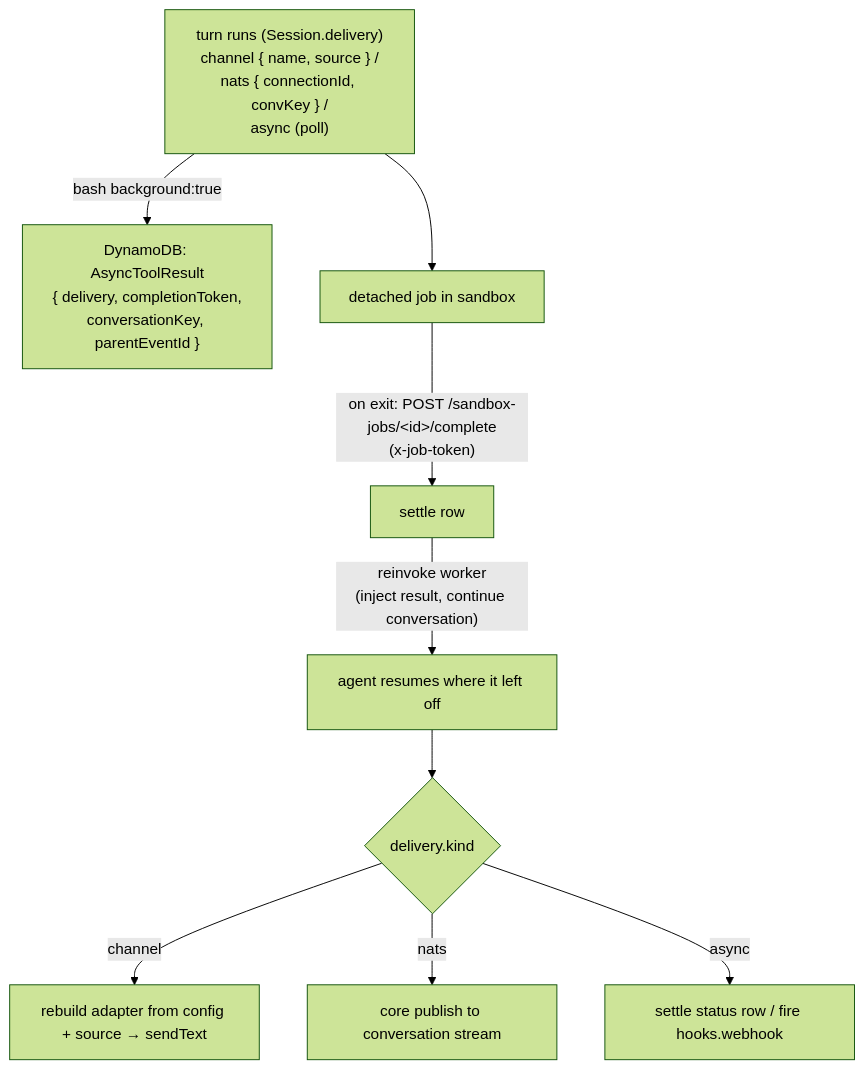
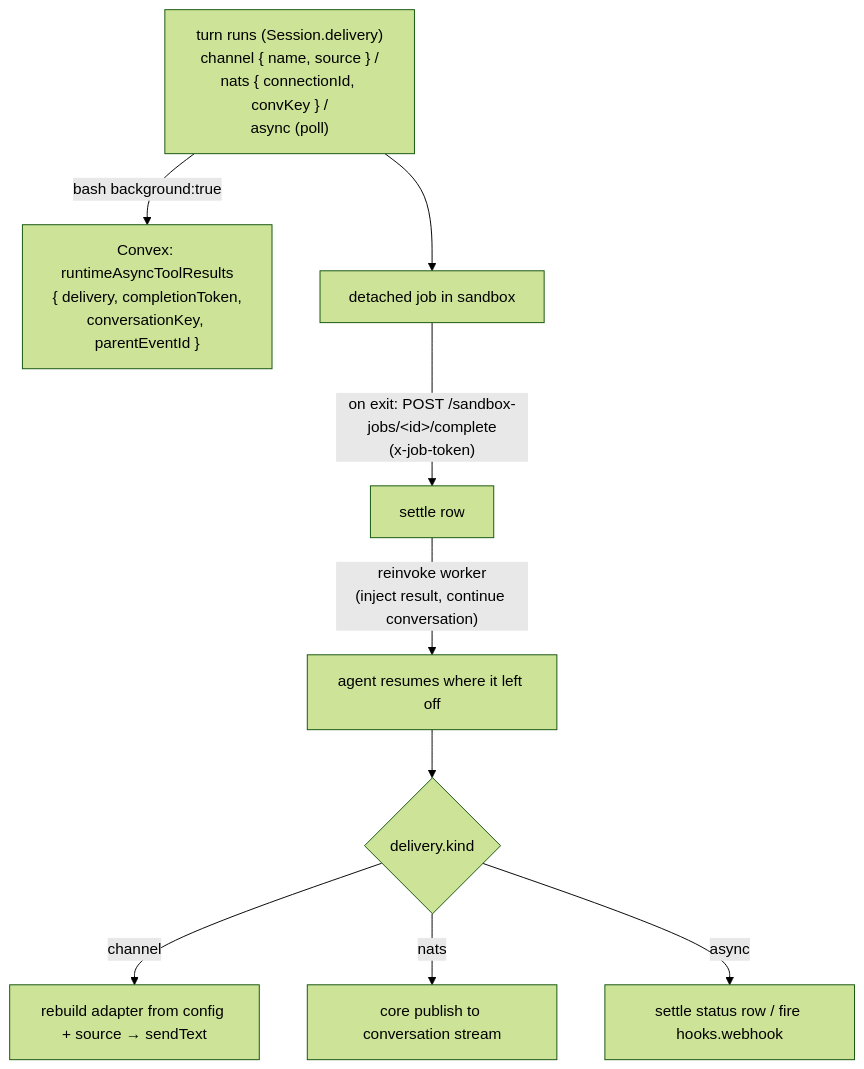
One commit to beeblastco/broods changed diagram 11 of 12 in apps/docs/docs/architecture.md. Above: the diagram before and after it, drawn with Mermaid (forest theme). The commit also changed other lines of this file and 77 other files, not shown here.

Commit message:
feat(core): migrate runtime persistence to Convex

````diff
--- a/apps/docs/docs/architecture.md
+++ b/apps/docs/docs/architecture.md
@@ -360,11 +360,11 @@
 ```mermaid
 flowchart TD
-  Turn["turn runs (Session.delivery)<br/>channel { name, source } /<br/>nats { connectionId, convKey } /<br/>async (poll)"] -->|"bash background:true"| Row["DynamoDB: AsyncToolResult<br/>{ delivery, completionToken,<br/>conversationKey, parentEventId }"]
+  Turn["turn runs (Session.delivery)<br/>channel { name, source } /<br/>nats { connectionId, convKey } /<br/>async (poll)"] -->|"bash background:true"| Row["Convex: runtimeAsyncToolResults<br/>{ delivery, completionToken,<br/>conversationKey, parentEventId }"]
   Turn --> Job["detached job in sandbox"]
   Job -->|"on exit: POST /sandbox-jobs/&lt;id&gt;/complete<br/>(x-job-token)"| Settle["settle row"]
   Settle -->|"reinvoke worker<br/>(inject result, continue conversation)"| Resume["agent resumes where it left off"]
   Resume --> Deliver{"delivery.kind"}
   Deliver -->|"channel"| Chan["rebuild adapter from config + source → sendText"]
   Deliver -->|"nats"| Pub["core publish to conversation stream"]
   Deliver -->|"async"| Poll["settle status row / fire hooks.webhook"]
 ```
````
